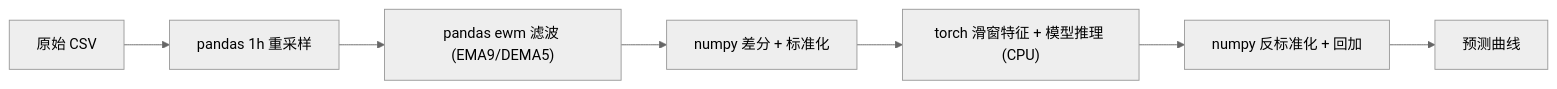
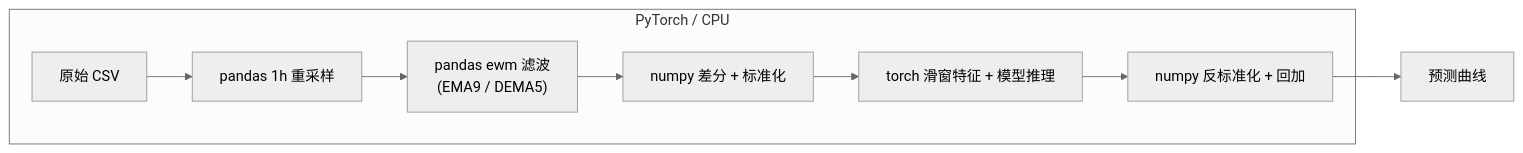
The second of 4 diagrams in README.md (imsquner/CEMA_LR_ops), drawn with Mermaid (neutral theme) before and after one commit. The commit also changed other lines of this file and 1 other file, not shown here.

First line of the commit message:
docs: 用 Mermaid 重做流程图与调度对比，弃用 matplotlib 图

````diff
--- a/README.md
+++ b/README.md
@@ -69,9 +69,11 @@
 ```mermaid
 flowchart LR
-    A["原始 CSV"] --> B["pandas 1h 重采样"]
-    B --> C["pandas ewm 滤波 (EMA9/DEMA5)"]
-    C --> D["numpy 差分 + 标准化"]
-    D --> E["torch 滑窗特征 + 模型推理 (CPU)"]
-    E --> F["numpy 反标准化 + 回加"]
+    subgraph CPU["PyTorch / CPU"]
+        A["原始 CSV"] --> B["pandas 1h 重采样"]
+        B --> C["pandas ewm 滤波<br/>(EMA9 / DEMA5)"]
+        C --> D["numpy 差分 + 标准化"]
+        D --> E["torch 滑窗特征 + 模型推理"]
+        E --> F["numpy 反标准化 + 回加"]
+    end
     F --> G["预测曲线"]
 ```
````
